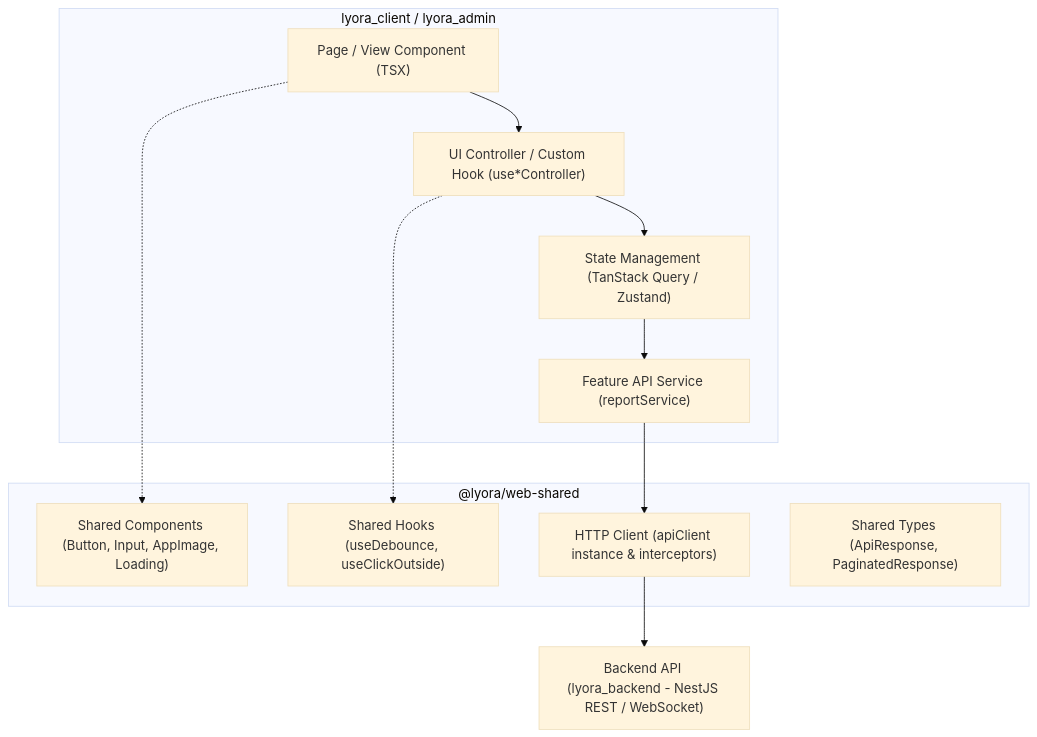
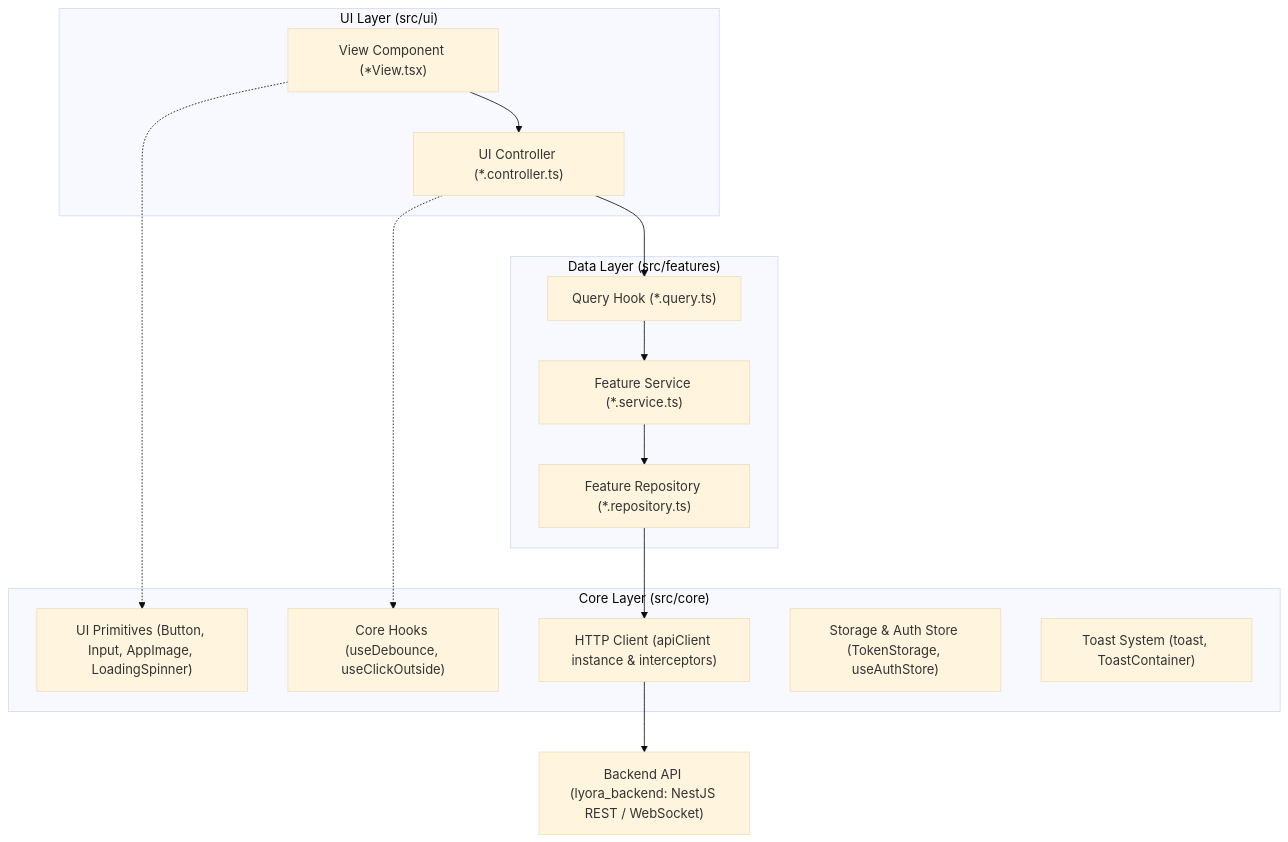
One commit to chuonghoai/Lyora changed the diagram in architecture_web/architecture/README.md. Above: the diagram before and after it, drawn with Mermaid (base theme). The commit also changed other lines of this file and 29 other files, not shown here.

Commit message:
chore: update skill and architecture sync with current source

````diff
--- a/architecture_web/architecture/README.md
+++ b/architecture_web/architecture/README.md
@@ -7,20 +9,25 @@
 ```mermaid
 graph TD
-    subgraph SharedPackage ["@lyora/web-shared"]
-        SharedUI["Shared Components (Button, Input, AppImage, Loading)"]
-        SharedHooks["Shared Hooks (useDebounce, useClickOutside)"]
-        SharedClient["HTTP Client (apiClient instance & interceptors)"]
-        SharedTypes["Shared Types (ApiResponse, PaginatedResponse)"]
+    subgraph CoreLayer ["Core Layer (src/core)"]
+        CoreUI["UI Primitives (Button, Input, AppImage, LoadingSpinner)"]
+        CoreHooks["Core Hooks (useDebounce, useClickOutside)"]
+        CoreClient["HTTP Client (apiClient instance & interceptors)"]
+        CoreStorage["Storage & Auth Store (TokenStorage, useAuthStore)"]
+        CoreToast["Toast System (toast, ToastContainer)"]
     end
 
-    subgraph ClientOrAdminApp ["lyora_client / lyora_admin"]
-        Page["Page / View Component (TSX)"] --> Controller["UI Controller / Custom Hook (use*Controller)"]
-        Controller --> StateLayer["State Management (TanStack Query / Zustand)"]
-        StateLayer --> Service["Feature API Service (reportService)"]
-        Page -.-> SharedUI
-        Controller -.-> SharedHooks
-        Service --> SharedClient
+    subgraph UILayer ["UI Layer (src/ui)"]
+        View["View Component (*View.tsx)"] --> Controller["UI Controller (*.controller.ts)"]
+        View -.-> CoreUI
+        Controller -.-> CoreHooks
     end
 
-    SharedClient --> Backend["Backend API (lyora_backend - NestJS REST / WebSocket)"]
+    subgraph DataLayer ["Data Layer (src/features)"]
+        QueryHook["Query Hook (*.query.ts)"] --> Service["Feature Service (*.service.ts)"]
+        Service --> Repository["Feature Repository (*.repository.ts)"]
+        Repository --> CoreClient
+    end
+
+    Controller --> QueryHook
+    CoreClient --> Backend["Backend API (lyora_backend: NestJS REST / WebSocket)"]
 ```
````
